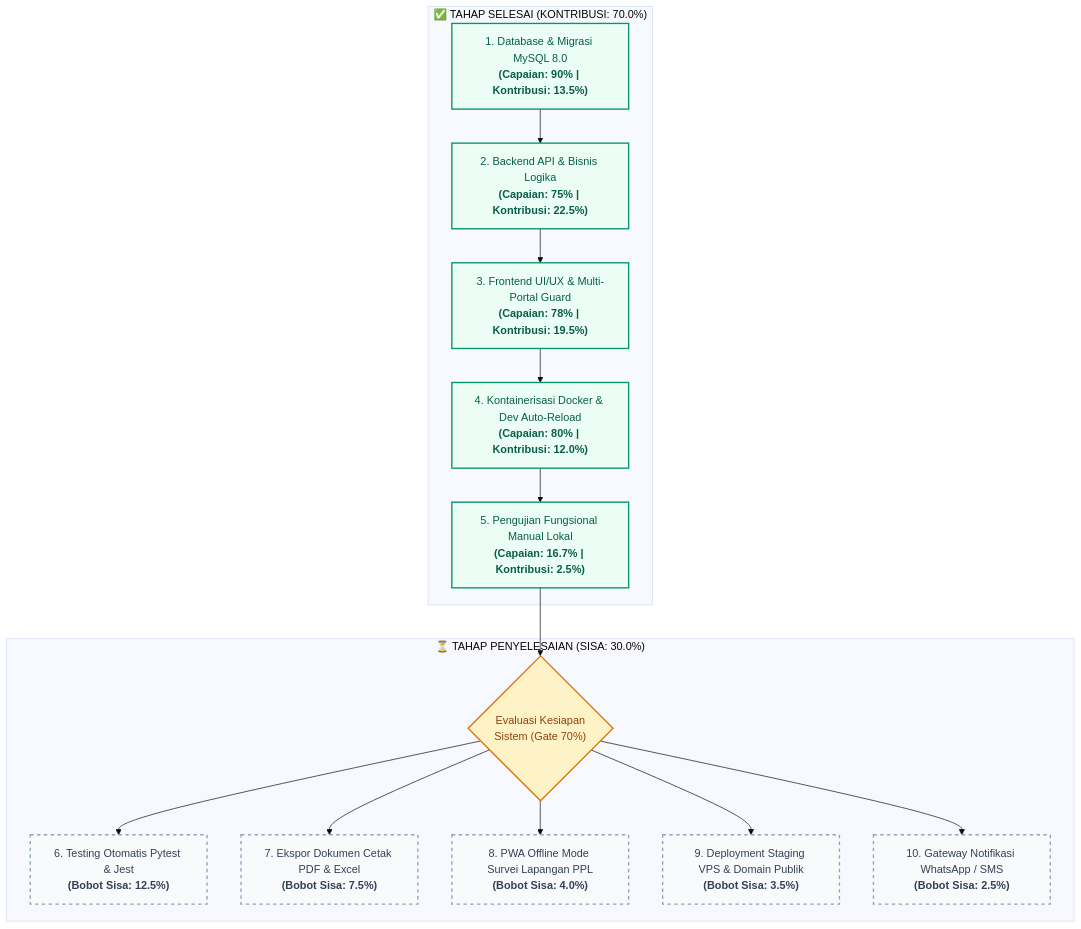
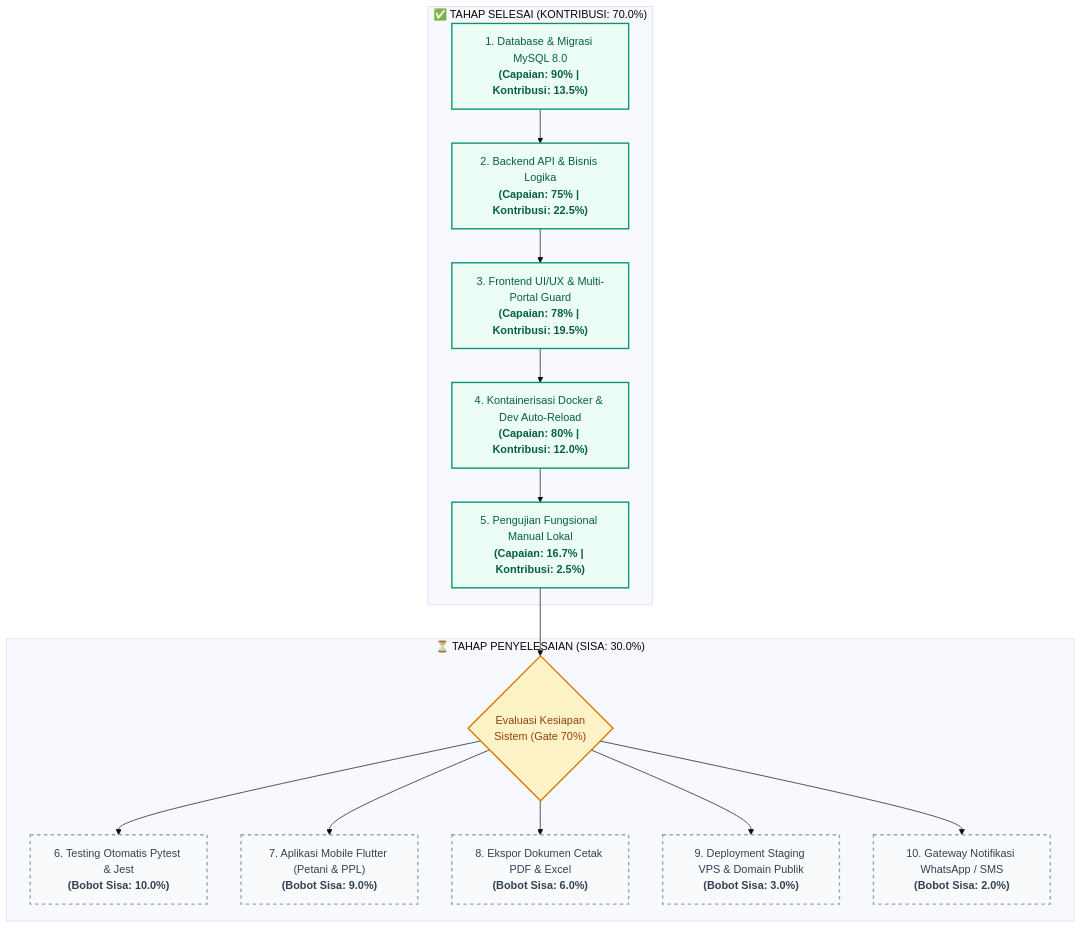
Before and after one commit to syarifatullahcev-cmyk/e-pupuk: the second of 4 diagrams in LAPORAN_PROGRESS_PRESENTASI.md, drawn with Mermaid (base theme). The commit also changed other lines of this file and 27 other files, not shown here.

Commit message:
Update sinkronisasi Flutter Mobile Petani 8 tab lengkap dan perbaikan gitignore

````diff
--- a/LAPORAN_PROGRESS_PRESENTASI.md
+++ b/LAPORAN_PROGRESS_PRESENTASI.md
@@ -54,27 +54,27 @@
 ```mermaid
 flowchart TD
     subgraph Selesai ["✅ TAHAP SELESAI (KONTRIBUSI: 70.0%)"]
         M1["1. Database & Migrasi MySQL 8.0<br/><b>(Capaian: 90% | Kontribusi: 13.5%)</b>"] --> M2["2. Backend API & Bisnis Logika<br/><b>(Capaian: 75% | Kontribusi: 22.5%)</b>"]
         M2 --> M3["3. Frontend UI/UX & Multi-Portal Guard<br/><b>(Capaian: 78% | Kontribusi: 19.5%)</b>"]
         M3 --> M4["4. Kontainerisasi Docker & Dev Auto-Reload<br/><b>(Capaian: 80% | Kontribusi: 12.0%)</b>"]
         M4 --> M5["5. Pengujian Fungsional Manual Lokal<br/><b>(Capaian: 16.7% | Kontribusi: 2.5%)</b>"]
     end
 
     M5 --> Gateway{"Evaluasi Kesiapan<br/>Sistem (Gate 70%)"}
 
     subgraph Tertunda ["⏳ TAHAP PENYELESAIAN (SISA: 30.0%)"]
-        Gateway --> P1["6. Testing Otomatis Pytest & Jest<br/><b>(Bobot Sisa: 12.5%)</b>"]
-        Gateway --> P2["7. Ekspor Dokumen Cetak PDF & Excel<br/><b>(Bobot Sisa: 7.5%)</b>"]
-        Gateway --> P3["8. PWA Offline Mode Survei Lapangan PPL<br/><b>(Bobot Sisa: 4.0%)</b>"]
-        Gateway --> P4["9. Deployment Staging VPS & Domain Publik<br/><b>(Bobot Sisa: 3.5%)</b>"]
-        Gateway --> P5["10. Gateway Notifikasi WhatsApp / SMS<br/><b>(Bobot Sisa: 2.5%)</b>"]
+        Gateway --> P1["6. Testing Otomatis Pytest & Jest<br/><b>(Bobot Sisa: 10.0%)</b>"]
+        Gateway --> P2["7. Aplikasi Mobile Flutter (Petani & PPL)<br/><b>(Bobot Sisa: 9.0%)</b>"]
+        Gateway --> P3["8. Ekspor Dokumen Cetak PDF & Excel<br/><b>(Bobot Sisa: 6.0%)</b>"]
+        Gateway --> P4["9. Deployment Staging VPS & Domain Publik<br/><b>(Bobot Sisa: 3.0%)</b>"]
+        Gateway --> P5["10. Gateway Notifikasi WhatsApp / SMS<br/><b>(Bobot Sisa: 2.0%)</b>"]
     end
 
     classDef doneNode fill:#ecfdf5,stroke:#059669,stroke-width:2px,color:#065f46;
     classDef gateNode fill:#fef3c7,stroke:#d97706,stroke-width:2px,color:#92400e;
     classDef pendingNode fill:#f8fafc,stroke:#94a3b8,stroke-width:2px,stroke-dasharray: 5 5,color:#334155;
 
     class M1,M2,M3,M4,M5 doneNode;
     class Gateway gateNode;
     class P1,P2,P3,P4,P5 pendingNode;
 ```
````
